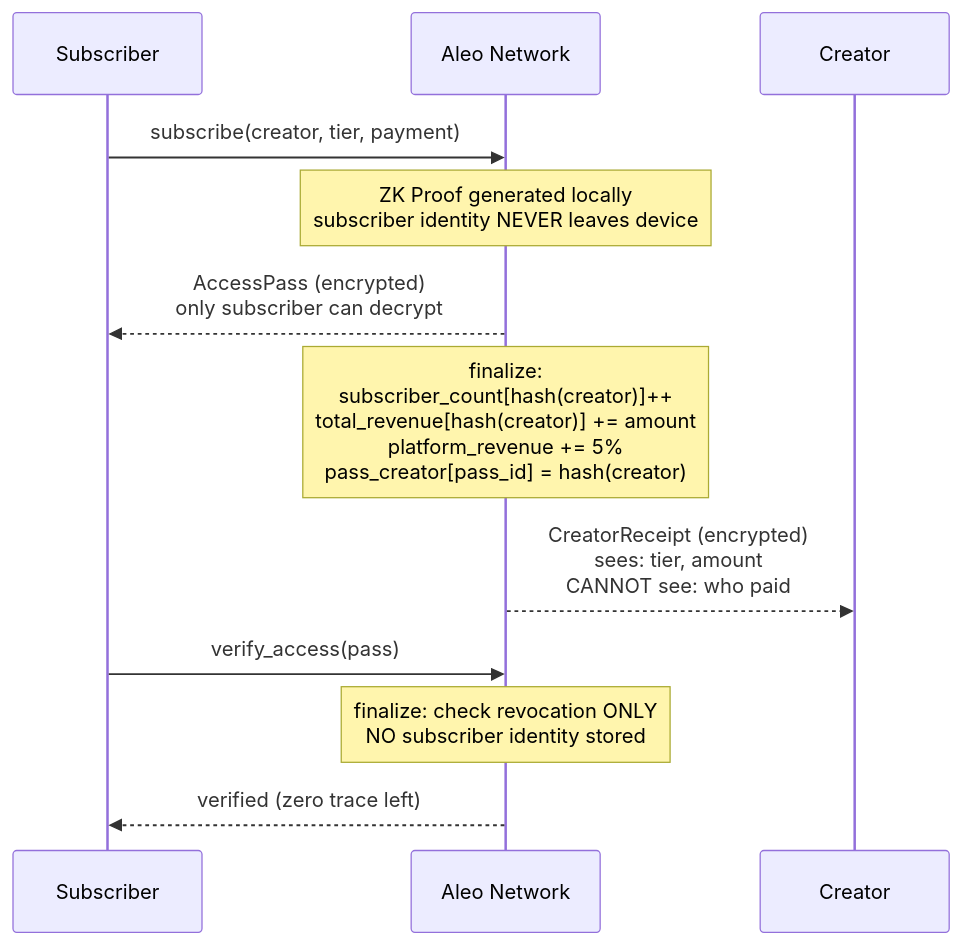
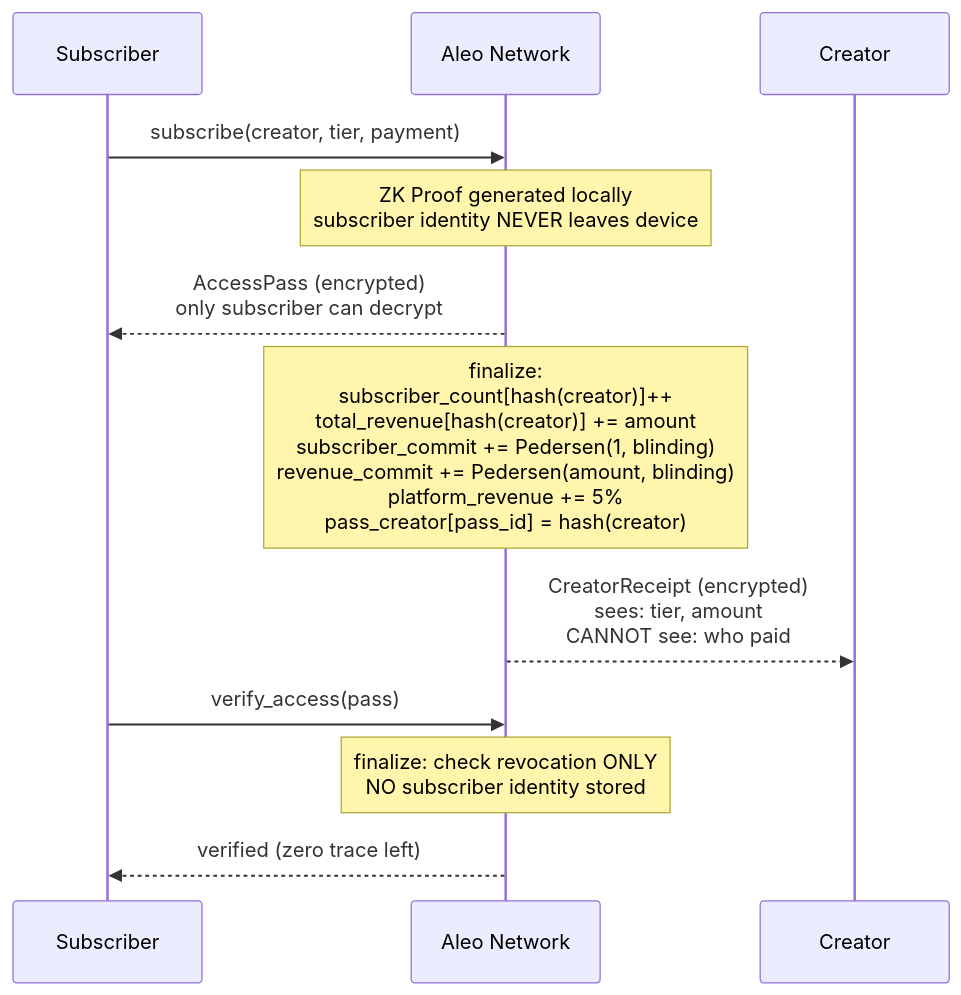
One commit to Pratiikpy/Veil-Sub changed the first of 2 diagrams in README.md. Above: the diagram before and after it, drawn with Mermaid. The commit also changed other lines of this file, not shown here.

````diff
--- a/README.md
+++ b/README.md
@@ -127,17 +117,17 @@
 ```mermaid
 sequenceDiagram
     participant S as Subscriber
     participant A as Aleo Network
     participant C as Creator
 
     S->>A: subscribe(creator, tier, payment)
     Note over A: ZK Proof generated locally<br/>subscriber identity NEVER leaves device
 
     A-->>S: AccessPass (encrypted)<br/>only subscriber can decrypt
-    Note over A: finalize:<br/>subscriber_count[hash(creator)]++<br/>total_revenue[hash(creator)] += amount<br/>platform_revenue += 5%<br/>pass_creator[pass_id] = hash(creator)
+    Note over A: finalize:<br/>subscriber_count[hash(creator)]++<br/>total_revenue[hash(creator)] += amount<br/>subscriber_commit += Pedersen(1, blinding)<br/>revenue_commit += Pedersen(amount, blinding)<br/>platform_revenue += 5%<br/>pass_creator[pass_id] = hash(creator)
     A-->>C: CreatorReceipt (encrypted)<br/>sees: tier, amount<br/>CANNOT see: who paid
 
     S->>A: verify_access(pass)
     Note over A: finalize: check revocation ONLY<br/>NO subscriber identity stored
     A-->>S: verified (zero trace left)
 ```
````
